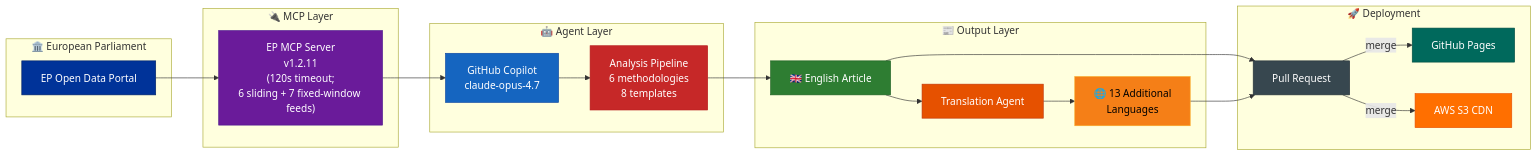
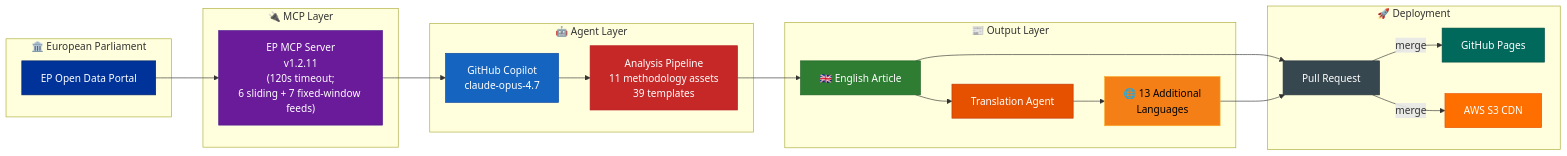
Before and after one commit to Hack23/euparliamentmonitor: diagram 22 of 22 in WORKFLOWS.md, drawn with Mermaid. The commit also changed other lines of this file and 6 other files, not shown here.

````diff
--- a/WORKFLOWS.md
+++ b/WORKFLOWS.md
@@ -1939,42 +1940,42 @@
 ```mermaid
 flowchart LR
     subgraph "🏛️ European Parliament"
         EP["EP Open Data Portal"]
     end
 
     subgraph "🔌 MCP Layer"
         MCP["EP MCP Server<br/>v1.2.11<br/>(120s timeout;<br/>6 sliding + 7 fixed-window feeds)"]
     end
 
     subgraph "🤖 Agent Layer"
         Agent["GitHub Copilot<br/>claude-opus-4.7"]
-        Analyze["Analysis Pipeline<br/>6 methodologies<br/>8 templates"]
+        Analyze["Analysis Pipeline<br/>11 methodology assets<br/>39 templates"]
     end
 
     subgraph "📰 Output Layer"
         EN["🇬🇧 English Article"]
         Translate["Translation Agent"]
         Multi["🌐 13 Additional<br/>Languages"]
     end
 
     subgraph "🚀 Deployment"
         PR["Pull Request"]
         Pages["GitHub Pages"]
         S3["AWS S3 CDN"]
     end
 
     EP --> MCP --> Agent --> Analyze --> EN --> PR
     EN --> Translate --> Multi --> PR
     PR --> |"merge"| Pages & S3
 
     style EP fill:#003399,stroke:#002266,color:#FFFFFF
     style MCP fill:#6A1B9A,stroke:#4A148C,color:#FFFFFF
     style Agent fill:#1565C0,stroke:#0D47A1,color:#FFFFFF
     style Analyze fill:#C62828,stroke:#B71C1C,color:#FFFFFF
     style EN fill:#2E7D32,stroke:#1B5E20,color:#FFFFFF
     style Translate fill:#E65100,stroke:#BF360C,color:#FFFFFF
     style Multi fill:#F57F17,stroke:#F9A825,color:#000000
     style PR fill:#37474F,stroke:#263238,color:#FFFFFF
     style Pages fill:#00695C,stroke:#004D40,color:#FFFFFF
     style S3 fill:#FF6F00,stroke:#E65100,color:#FFFFFF
 ```
````
